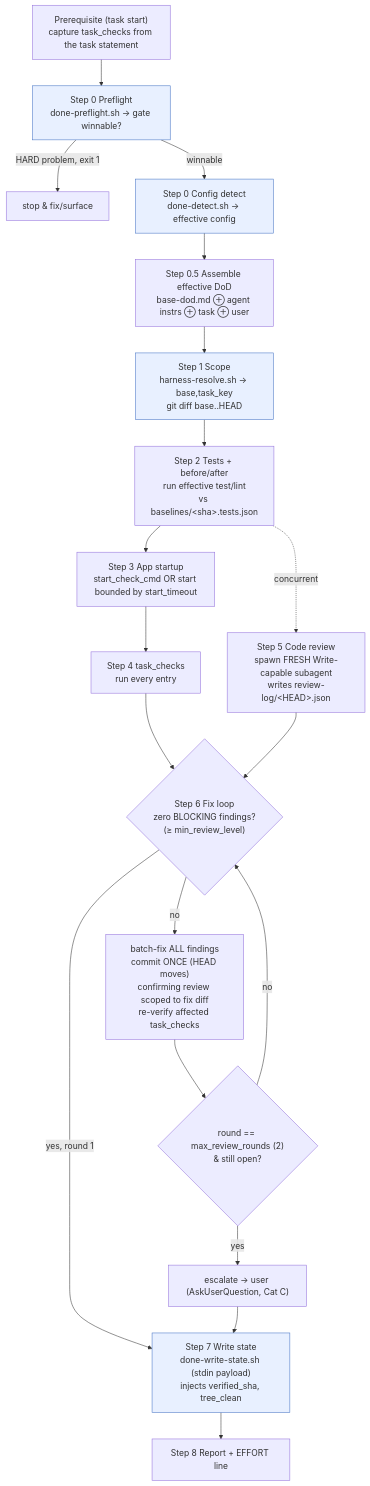
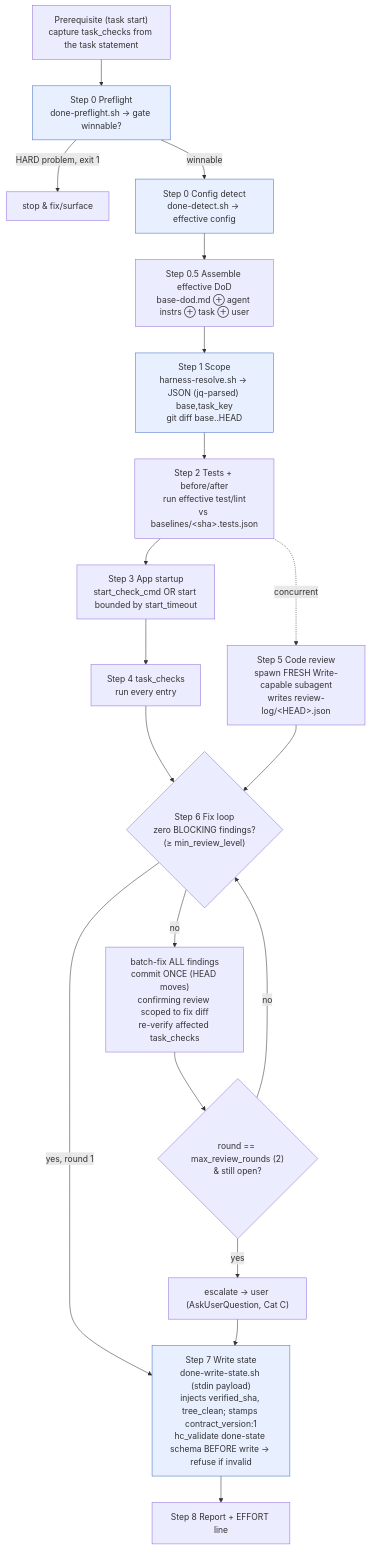
The third of 10 diagrams in docs/architecture.md (pehota/harlo), drawn with Mermaid before and after one commit. The commit also changed other lines of this file and 1 other file, not shown here.

First line of the commit message:
docs(harness): re-sync architecture and design to hard contracts

````diff
--- a/docs/architecture.md
+++ b/docs/architecture.md
@@ -166,24 +195,24 @@
 ```mermaid
 flowchart TD
   P["Prerequisite (task start)<br/>capture task_checks from the task statement"] --> S0PF
   S0PF["Step 0 Preflight<br/>done-preflight.sh → gate winnable?"] -->|HARD problem, exit 1| STOP["stop & fix/surface"]
   S0PF -->|winnable| S0["Step 0 Config detect<br/>done-detect.sh → effective config"]
   S0 --> S05["Step 0.5 Assemble effective DoD<br/>base-dod.md ⊕ agent instrs ⊕ task ⊕ user"]
-  S05 --> S1["Step 1 Scope<br/>harness-resolve.sh → base,task_key<br/>git diff base..HEAD"]
+  S05 --> S1["Step 1 Scope<br/>harness-resolve.sh → JSON (jq-parsed) base,task_key<br/>git diff base..HEAD"]
   S1 --> S2["Step 2 Tests + before/after<br/>run effective test/lint<br/>vs baselines/&lt;sha&gt;.tests.json"]
   S2 --> S3["Step 3 App startup<br/>start_check_cmd OR start bounded by start_timeout"]
   S3 --> S4["Step 4 task_checks<br/>run every entry"]
   S2 -.concurrent.-> S5["Step 5 Code review<br/>spawn FRESH Write-capable subagent<br/>writes review-log/&lt;HEAD&gt;.json"]
   S4 --> S6
   S5 --> S6{"Step 6 Fix loop<br/>zero BLOCKING findings?<br/>(≥ min_review_level)"}
   S6 -->|yes, round 1| S7
   S6 -->|no| FIX["batch-fix ALL findings<br/>commit ONCE (HEAD moves)<br/>confirming review scoped to fix diff<br/>re-verify affected task_checks"]
   FIX --> CAP{"round == max_review_rounds (2)<br/>& still open?"}
   CAP -->|no| S6
   CAP -->|yes| ESC["escalate → user (AskUserQuestion, Cat C)"]
   ESC --> S7
-  S7["Step 7 Write state<br/>done-write-state.sh (stdin payload)<br/>injects verified_sha, tree_clean"] --> S8["Step 8 Report + EFFORT line"]
+  S7["Step 7 Write state<br/>done-write-state.sh (stdin payload)<br/>injects verified_sha, tree_clean; stamps contract_version:1<br/>hc_validate done-state schema BEFORE write → refuse if invalid"] --> S8["Step 8 Report + EFFORT line"]
 
   classDef script fill:#e8f0ff,stroke:#4472c4;
   class S0PF,S0,S1,S7 script;
 ```
````
